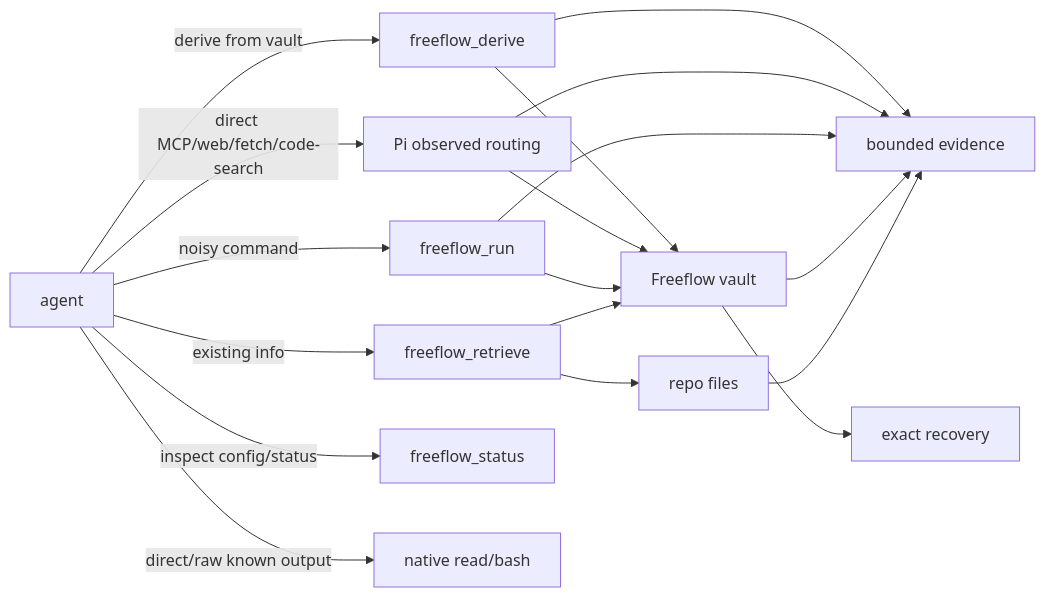
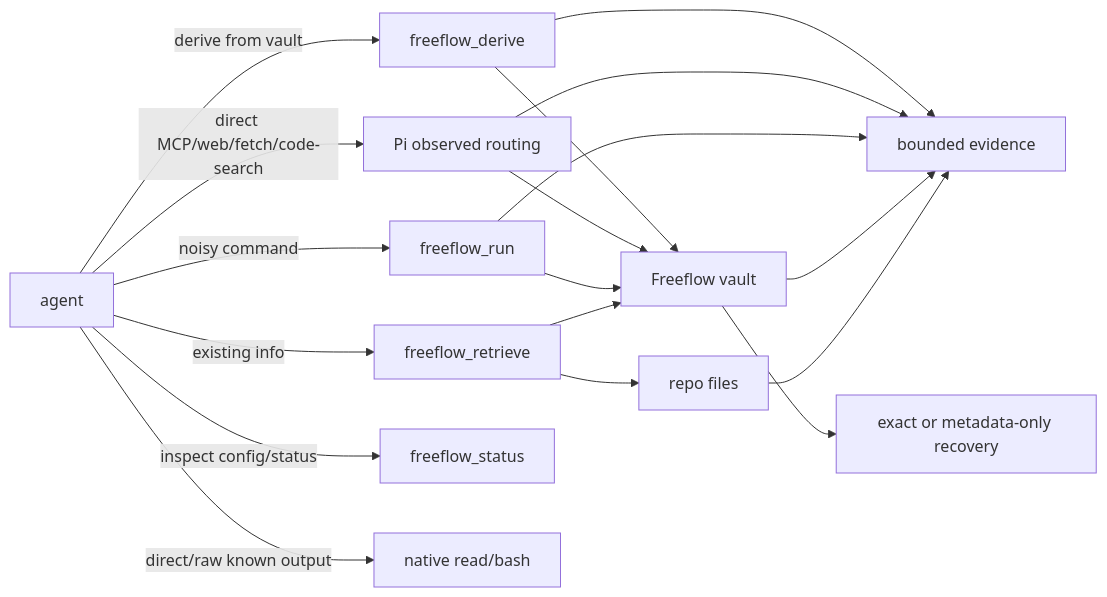
One commit to hassan-mohiddin/freeflow changed the diagram in plugins/freeflow/docs/output-router.md. Above: the diagram before and after it, drawn with Mermaid. The commit also changed other lines of this file and 75 other files, not shown here.

````diff
--- a/plugins/freeflow/docs/output-router.md
+++ b/plugins/freeflow/docs/output-router.md
@@ -33,30 +33,30 @@
 ```mermaid
 flowchart LR
   Agent[agent]
   Retrieve[freeflow_retrieve]
   Run[freeflow_run]
   Repo[repo files]
   Vault[Freeflow vault]
   Observed[Pi observed routing]
   Derive[freeflow_derive]
   Status[freeflow_status]
   Native[native read/bash]
   Evidence[bounded evidence]
-  Raw[exact recovery]
+  Raw[exact or metadata-only recovery]
 
   Agent -->|existing info| Retrieve
   Agent -->|noisy command| Run
   Agent -->|direct MCP/web/fetch/code-search| Observed
   Agent -->|derive from vault| Derive
   Agent -->|inspect config/status| Status
   Agent -->|direct/raw known output| Native
   Retrieve --> Repo --> Evidence
   Retrieve --> Vault --> Evidence
   Run --> Vault
   Observed --> Vault
   Derive --> Vault
   Run --> Evidence
   Observed --> Evidence
   Derive --> Evidence
   Vault --> Raw
 ```
````
